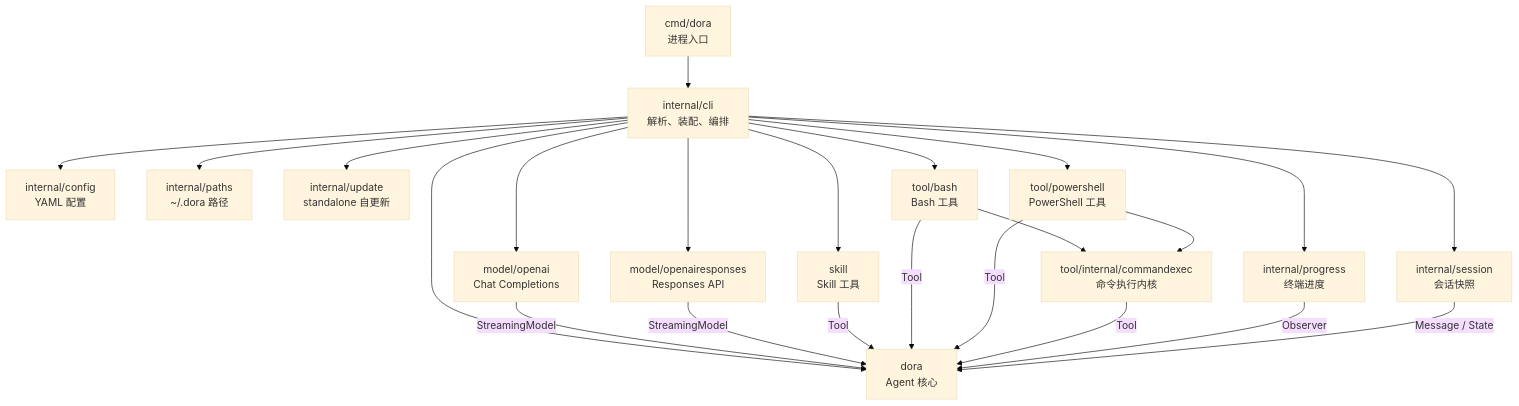
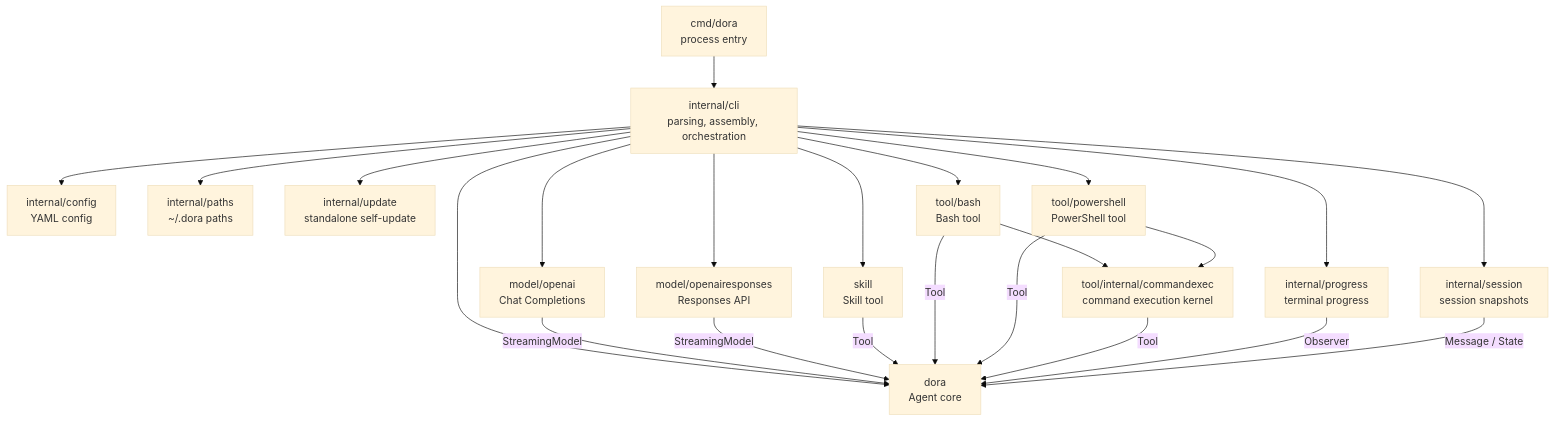
One commit to lgxz/dora changed the first of 2 diagrams in docs/architecture.md. Above: the diagram before and after it, drawn with Mermaid (base theme). The commit also changed other lines of this file, not shown here.

First line of the commit message:
docs: translate architecture.md to English

````diff
--- a/docs/architecture.md
+++ b/docs/architecture.md
@@ -17,28 +17,28 @@
 ```mermaid
 flowchart TD
-    Main["cmd/dora<br/>进程入口"] --> CLI["internal/cli<br/>解析、装配、编排"]
+    Main["cmd/dora<br/>process entry"] --> CLI["internal/cli<br/>parsing, assembly, orchestration"]
 
-    CLI --> Config["internal/config<br/>YAML 配置"]
-    CLI --> Paths["internal/paths<br/>~/.dora 路径"]
-    CLI --> Session["internal/session<br/>会话快照"]
-    CLI --> Update["internal/update<br/>standalone 自更新"]
-    CLI --> Progress["internal/progress<br/>终端进度"]
-    CLI --> Core["dora<br/>Agent 核心"]
+    CLI --> Config["internal/config<br/>YAML config"]
+    CLI --> Paths["internal/paths<br/>~/.dora paths"]
+    CLI --> Session["internal/session<br/>session snapshots"]
+    CLI --> Update["internal/update<br/>standalone self-update"]
+    CLI --> Progress["internal/progress<br/>terminal progress"]
+    CLI --> Core["dora<br/>Agent core"]
     CLI --> OpenAI["model/openai<br/>Chat Completions"]
     CLI --> Responses["model/openairesponses<br/>Responses API"]
-    CLI --> Skill["skill<br/>Skill 工具"]
-    CLI --> Bash["tool/bash<br/>Bash 工具"]
-    CLI --> PowerShell["tool/powershell<br/>PowerShell 工具"]
+    CLI --> Skill["skill<br/>Skill tool"]
+    CLI --> Bash["tool/bash<br/>Bash tool"]
+    CLI --> PowerShell["tool/powershell<br/>PowerShell tool"]
 
-    Bash --> CommandExec["tool/internal/commandexec<br/>命令执行内核"]
+    Bash --> CommandExec["tool/internal/commandexec<br/>command execution kernel"]
     PowerShell --> CommandExec
 
     OpenAI -->|"StreamingModel"| Core
     Responses -->|"StreamingModel"| Core
     Skill -->|"Tool"| Core
     Bash -->|"Tool"| Core
     PowerShell -->|"Tool"| Core
     CommandExec -->|"Tool"| Core
     Progress -->|"Observer"| Core
     Session -->|"Message / State"| Core
 ```
````
